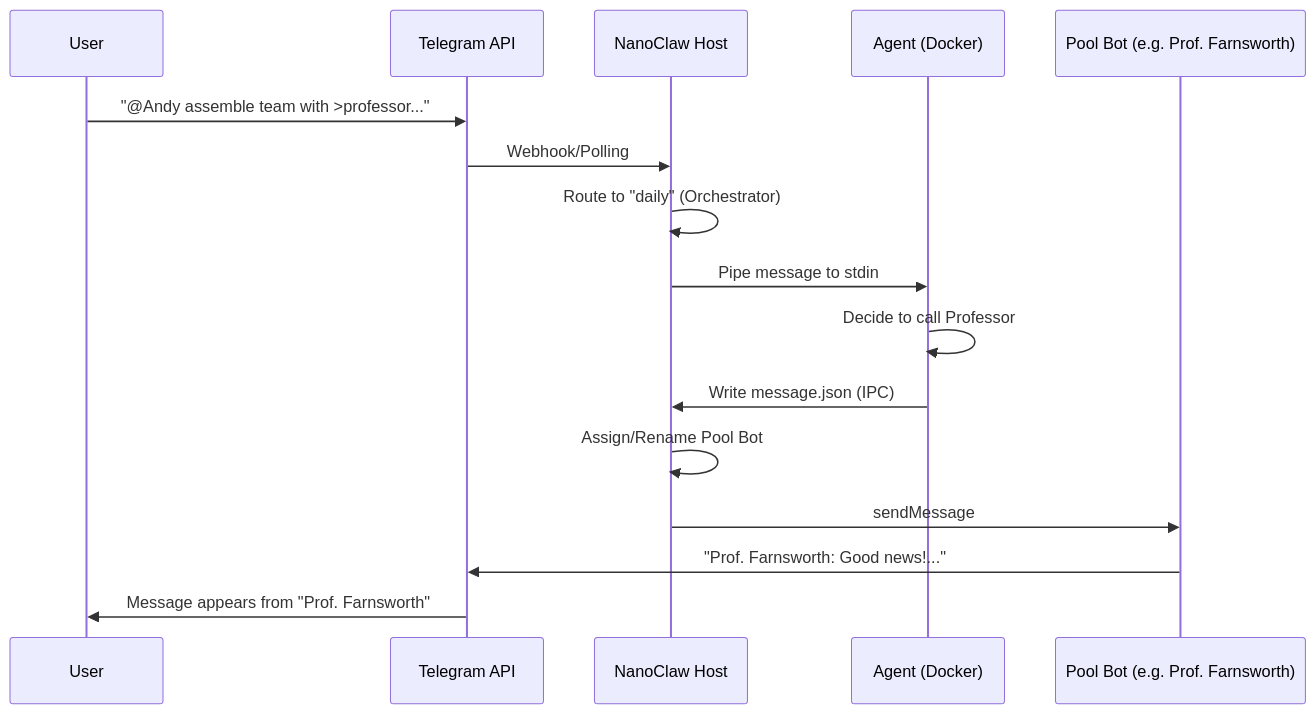
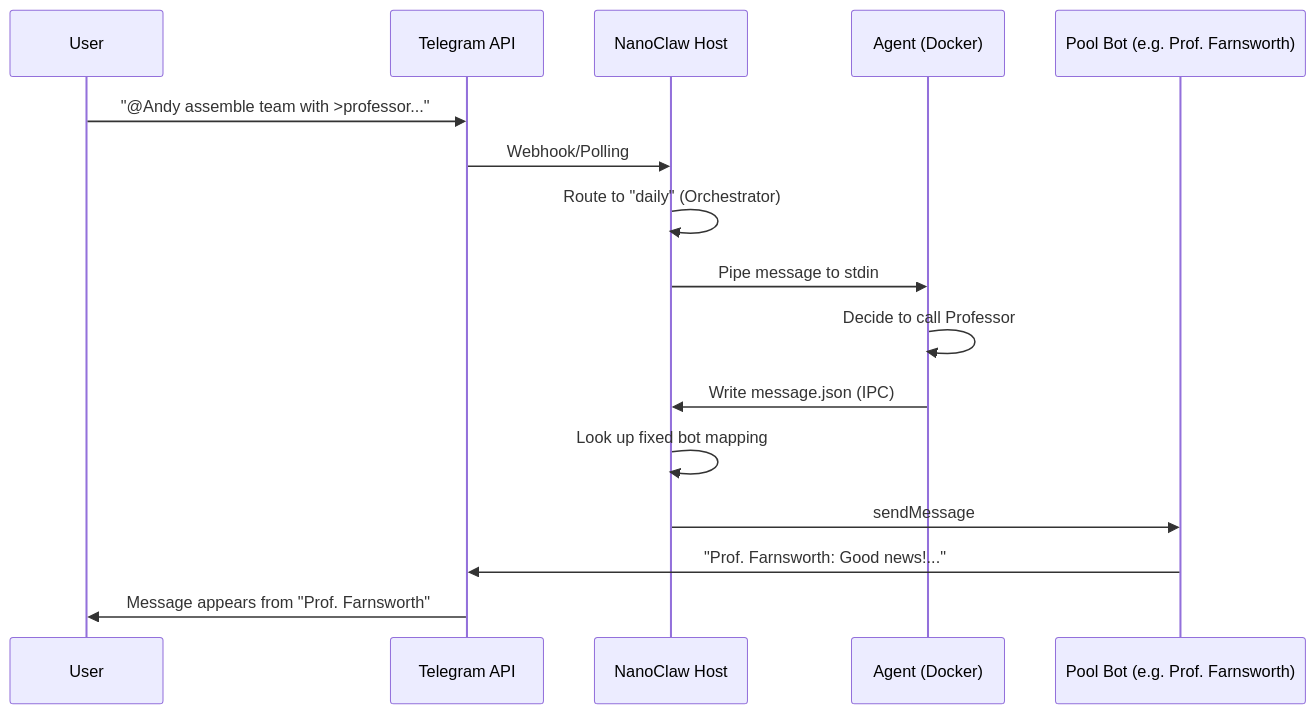
Before and after one commit to wahbifadhillah/nanoclaw-BENDER: the diagram in roo-docs/README-USER.md, drawn with Mermaid. The commit also changed other lines of this file and 2 other files, not shown here.

First line of the commit message:
feat(telegram): replace round-robin bot pool assignment with fixed agent-to-bot mapping

````diff
--- a/roo-docs/README-USER.md
+++ b/roo-docs/README-USER.md
@@ -97,19 +98,19 @@
 ```mermaid
 sequenceDiagram
     participant User
     participant TG as Telegram API
     participant NC as NanoClaw Host
     participant Agent as Agent (Docker)
     participant PoolBot as Pool Bot (e.g. Prof. Farnsworth)
 
     User->>TG: "@Andy assemble team with >professor..."
     TG->>NC: Webhook/Polling
     NC->>NC: Route to "daily" (Orchestrator)
     NC->>Agent: Pipe message to stdin
     Agent->>Agent: Decide to call Professor
     Agent->>NC: Write message.json (IPC)
-    NC->>NC: Assign/Rename Pool Bot
+    NC->>NC: Look up fixed bot mapping
     NC->>PoolBot: sendMessage
     PoolBot->>TG: "Prof. Farnsworth: Good news!..."
     TG->>User: Message appears from "Prof. Farnsworth"
 ```
````
